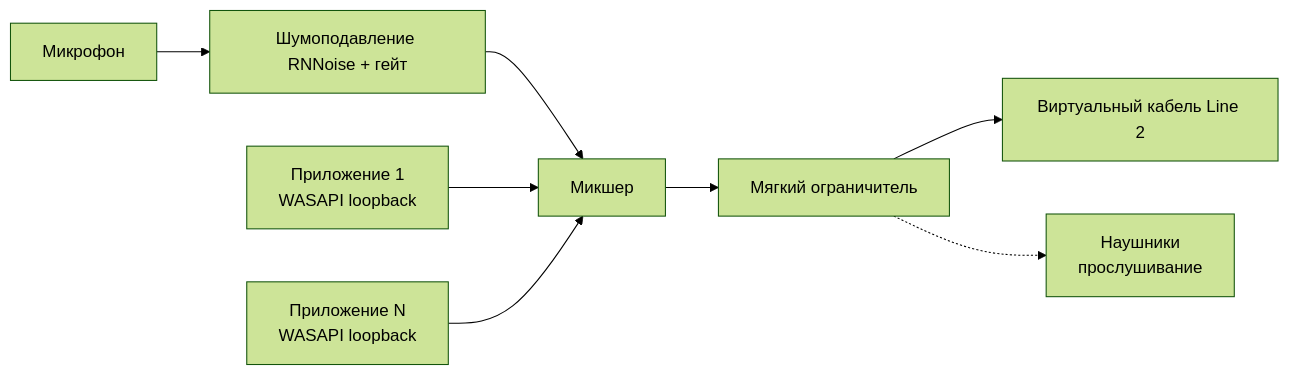
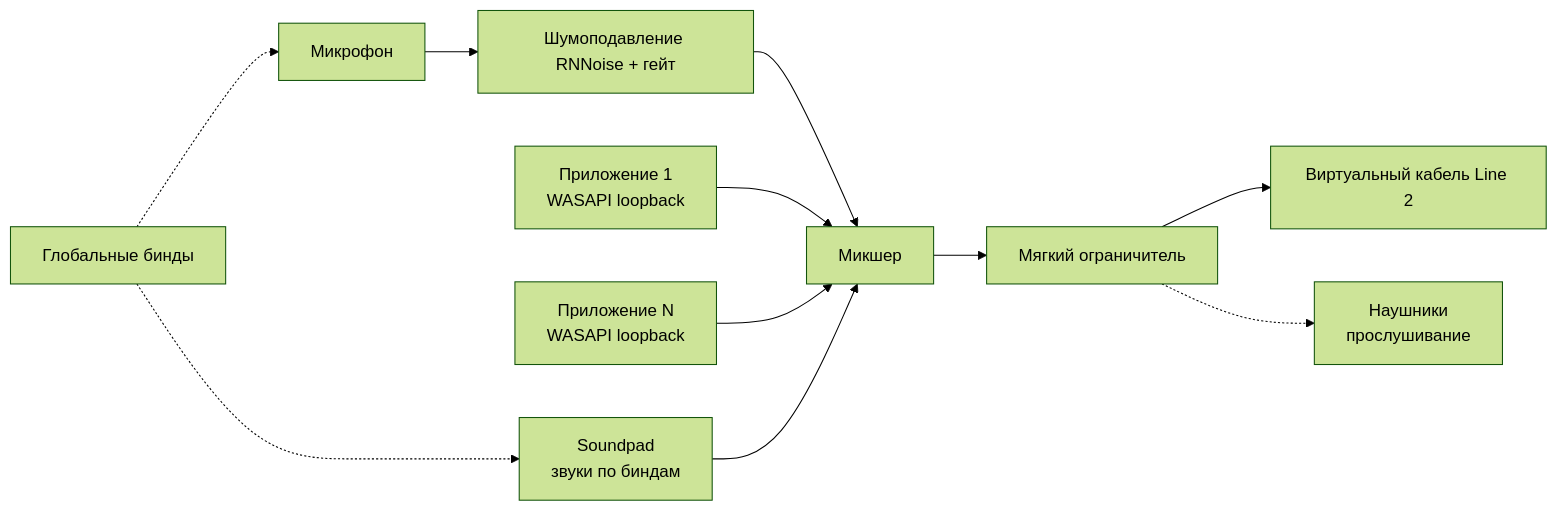
One commit to Waywardfucker/voice_mixer changed the diagram in README.md. Above: the diagram before and after it, drawn with Mermaid (forest theme). The commit also changed other lines of this file and 6 other files, not shown here.

````diff
--- a/README.md
+++ b/README.md
@@ -33,10 +60,13 @@
 ```mermaid
 flowchart LR
     MIC[Микрофон] --> DN[Шумоподавление RNNoise + гейт]
     DN --> MIX[Микшер]
     A1[Приложение 1<br/>WASAPI loopback] --> MIX
     A2[Приложение N<br/>WASAPI loopback] --> MIX
+    SP[Soundpad<br/>звуки по биндам] --> MIX
     MIX --> LIM[Мягкий ограничитель]
     LIM --> L2[Виртуальный кабель Line 2]
     LIM -.-> HP[Наушники<br/>прослушивание]
+    HK[Глобальные бинды] -.-> SP
+    HK -.-> MIC
 ```
````
